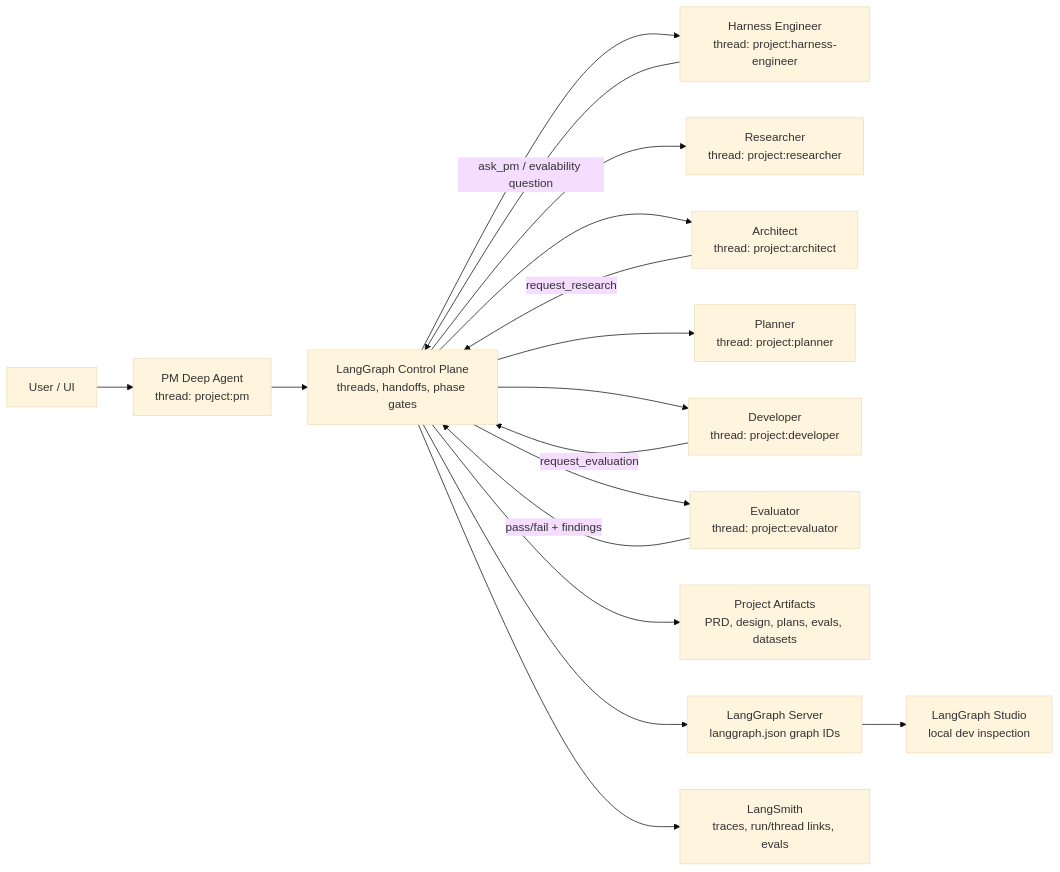
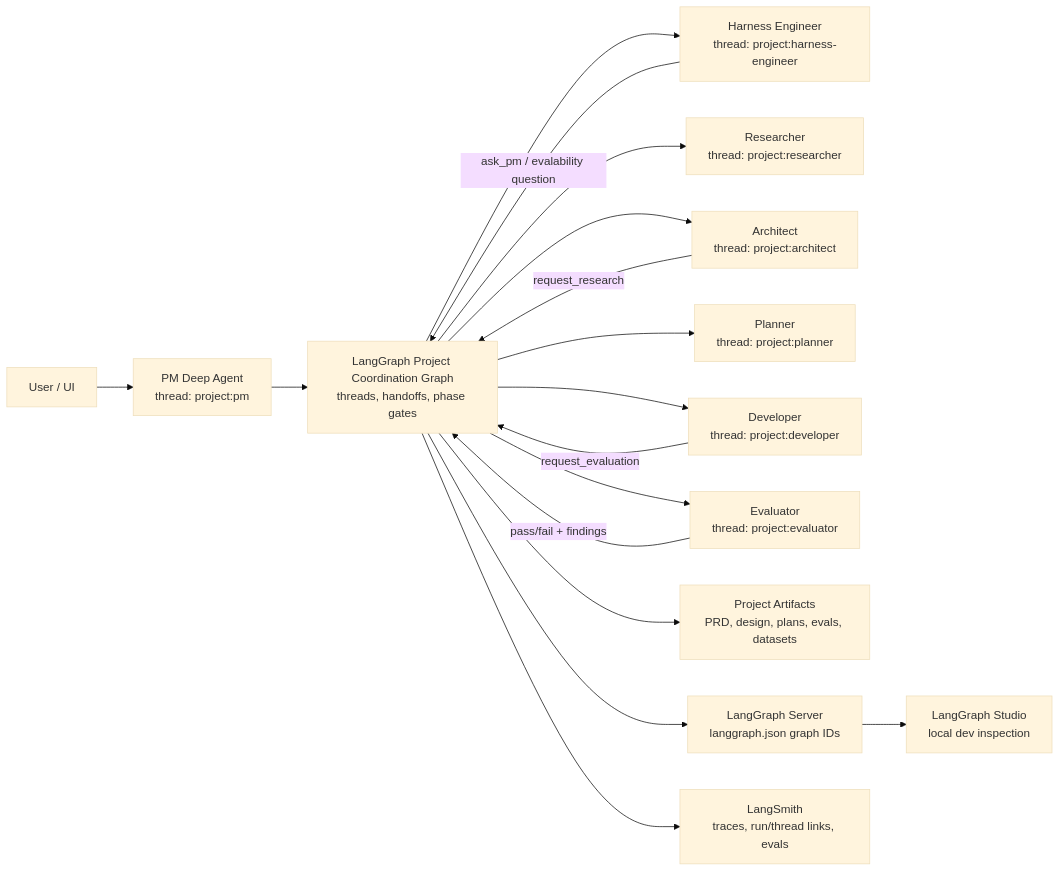
One commit to ASTXRTYS/meta-agent-v5.6.0 changed the first of 2 diagrams in meta_harness/AD.md. Above: the diagram before and after it, drawn with Mermaid (base theme). The commit also changed other lines of this file, not shown here.

Commit message:
docs: lock project coordination graph decision

````diff
--- a/meta_harness/AD.md
+++ b/meta_harness/AD.md
@@ -402,22 +538,22 @@
 ```mermaid
 flowchart LR
     U["User / UI"] --> PM["PM Deep Agent\nthread: project:pm"]
-    PM --> CP["LangGraph Control Plane\nthreads, handoffs, phase gates"]
+    PM --> PCG["LangGraph Project Coordination Graph\nthreads, handoffs, phase gates"]
 
-    CP --> HE["Harness Engineer\nthread: project:harness-engineer"]
-    CP --> R["Researcher\nthread: project:researcher"]
-    CP --> A["Architect\nthread: project:architect"]
-    CP --> PL["Planner\nthread: project:planner"]
-    CP --> D["Developer\nthread: project:developer"]
-    CP --> E["Evaluator\nthread: project:evaluator"]
+    PCG --> HE["Harness Engineer\nthread: project:harness-engineer"]
+    PCG --> R["Researcher\nthread: project:researcher"]
+    PCG --> A["Architect\nthread: project:architect"]
+    PCG --> PL["Planner\nthread: project:planner"]
+    PCG --> D["Developer\nthread: project:developer"]
+    PCG --> E["Evaluator\nthread: project:evaluator"]
 
-    A -->|"request_research"| CP
-    HE -->|"ask_pm / evalability question"| CP
-    D -->|"request_evaluation"| CP
-    E -->|"pass/fail + findings"| CP
+    A -->|"request_research"| PCG
+    HE -->|"ask_pm / evalability question"| PCG
+    D -->|"request_evaluation"| PCG
+    E -->|"pass/fail + findings"| PCG
 
-    CP --> FS["Project Artifacts\nPRD, design, plans, evals, datasets"]
-    CP --> LG["LangGraph Server\nlanggraph.json graph IDs"]
+    PCG --> FS["Project Artifacts\nPRD, design, plans, evals, datasets"]
+    PCG --> LG["LangGraph Server\nlanggraph.json graph IDs"]
     LG --> STUDIO["LangGraph Studio\nlocal dev inspection"]
-    CP --> OBS["LangSmith\ntraces, run/thread links, evals"]
+    PCG --> OBS["LangSmith\ntraces, run/thread links, evals"]
 ```
````
